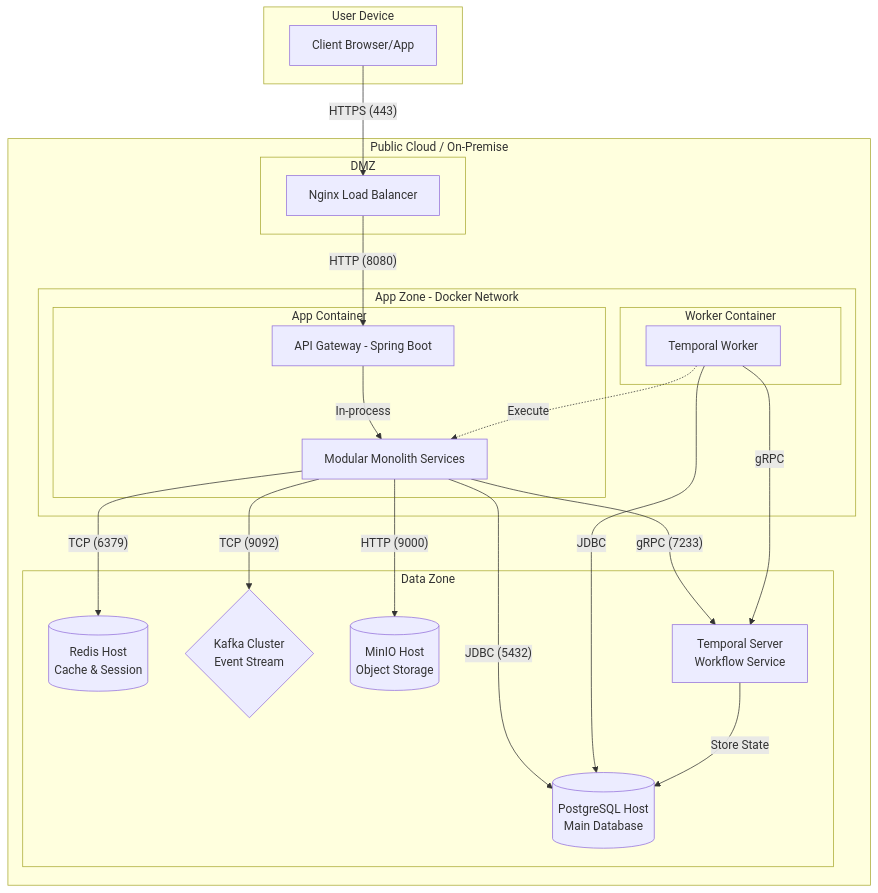
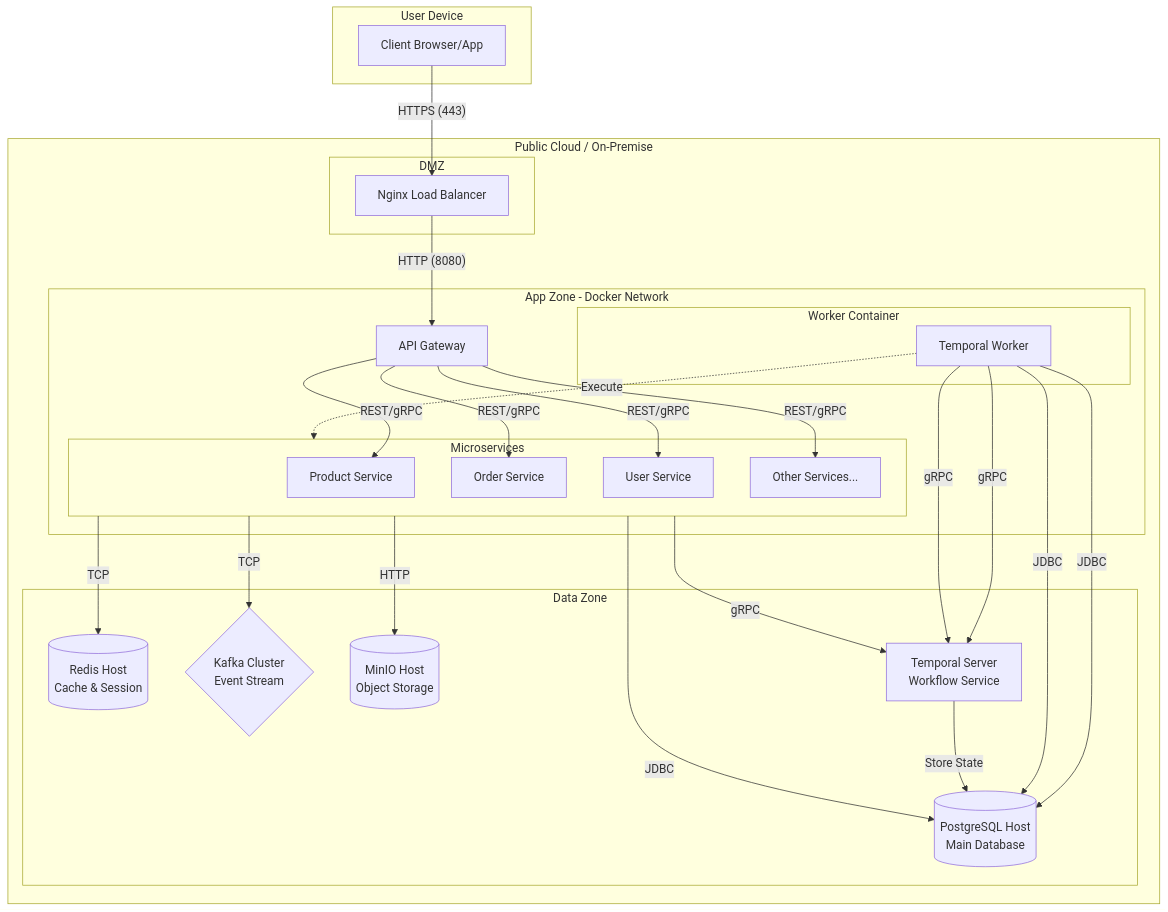
Before and after one commit to tranvanlong1999/nest-store-document: the diagram in docs/00-giai-phap-cong-nghe/02-tai-lieu-ky-thuat/05-trien-khai-kiem-thu-van-hanh/01-huong-dan-trien-khai.md, drawn with Mermaid. The commit also changed other lines of this file and 6 other files, not shown here.

````diff
--- a/docs/00-giai-phap-cong-nghe/02-tai-lieu-ky-thuat/05-trien-khai-kiem-thu-van-hanh/01-huong-dan-trien-khai.md
+++ b/docs/00-giai-phap-cong-nghe/02-tai-lieu-ky-thuat/05-trien-khai-kiem-thu-van-hanh/01-huong-dan-trien-khai.md
@@ -71,47 +71,56 @@
 ```mermaid
 graph TD
     subgraph UserDevice [User Device]
         Client[Client Browser/App]
     end
 
     subgraph Cloud [Public Cloud / On-Premise]
         subgraph DMZ
             LB[Nginx Load Balancer]
         end
 
         subgraph AppZone [App Zone - Docker Network]
-            subgraph AppContainer [App Container]
-                API[API Gateway - Spring Boot]
-                Mod[Modular Monolith Services]
+            subgraph Services [Microservices]
+                Product[Product Service]
+                Order[Order Service]
+                User[User Service]
+                Other[Other Services...]
             end
+
+            API[API Gateway]
 
             subgraph WorkerContainer [Worker Container]
                 Worker[Temporal Worker]
             end
         end
 
         subgraph DataZone [Data Zone]
             DB[(PostgreSQL Host\nMain Database)]
             Redis[(Redis Host\nCache & Session)]
             Kafka{Kafka Cluster\nEvent Stream}
             MinIO[(MinIO Host\nObject Storage)]
             TempoSvc[Temporal Server\nWorkflow Service]
         end
     end
 
     %% Connections
     Client -- "HTTPS (443)" --> LB
     LB -- "HTTP (8080)" --> API
-    API -- "In-process" --> Mod
+    API -- "REST/gRPC" --> Product
+    API -- "REST/gRPC" --> Order
+    API -- "REST/gRPC" --> User
+    API -- "REST/gRPC" --> Other
 
-    Mod -- "JDBC (5432)" --> DB
-    Mod -- "TCP (6379)" --> Redis
-    Mod -- "TCP (9092)" --> Kafka
-    Mod -- "gRPC (7233)" --> TempoSvc
-    Mod -- "HTTP (9000)" --> MinIO
+    Services -- "JDBC" --> DB
+    Services -- "TCP" --> Redis
+    Services -- "TCP" --> Kafka
+    Services -- "gRPC" --> TempoSvc
+    Services -- "HTTP" --> MinIO
 
     Worker -- "gRPC" --> TempoSvc
     Worker -- "JDBC" --> DB
-    Worker -.->|Execute| Mod
+    Worker -- "gRPC" --> TempoSvc
+    Worker -- "JDBC" --> DB
+    Worker -.->|Execute| Services
     TempoSvc -- "Store State" --> DB
 ```
````
